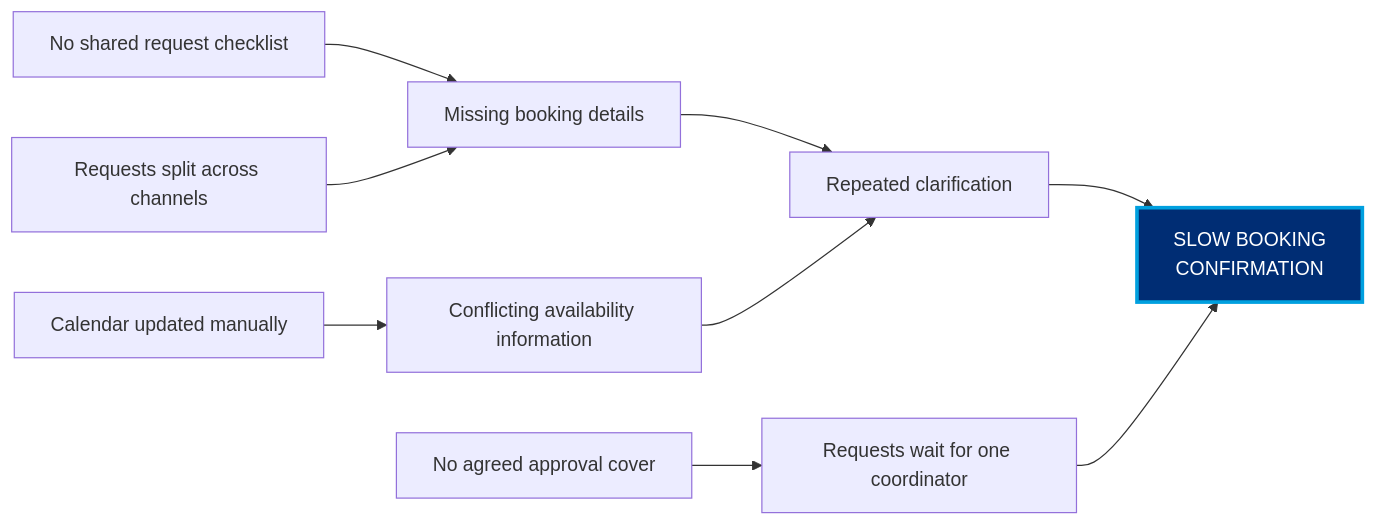
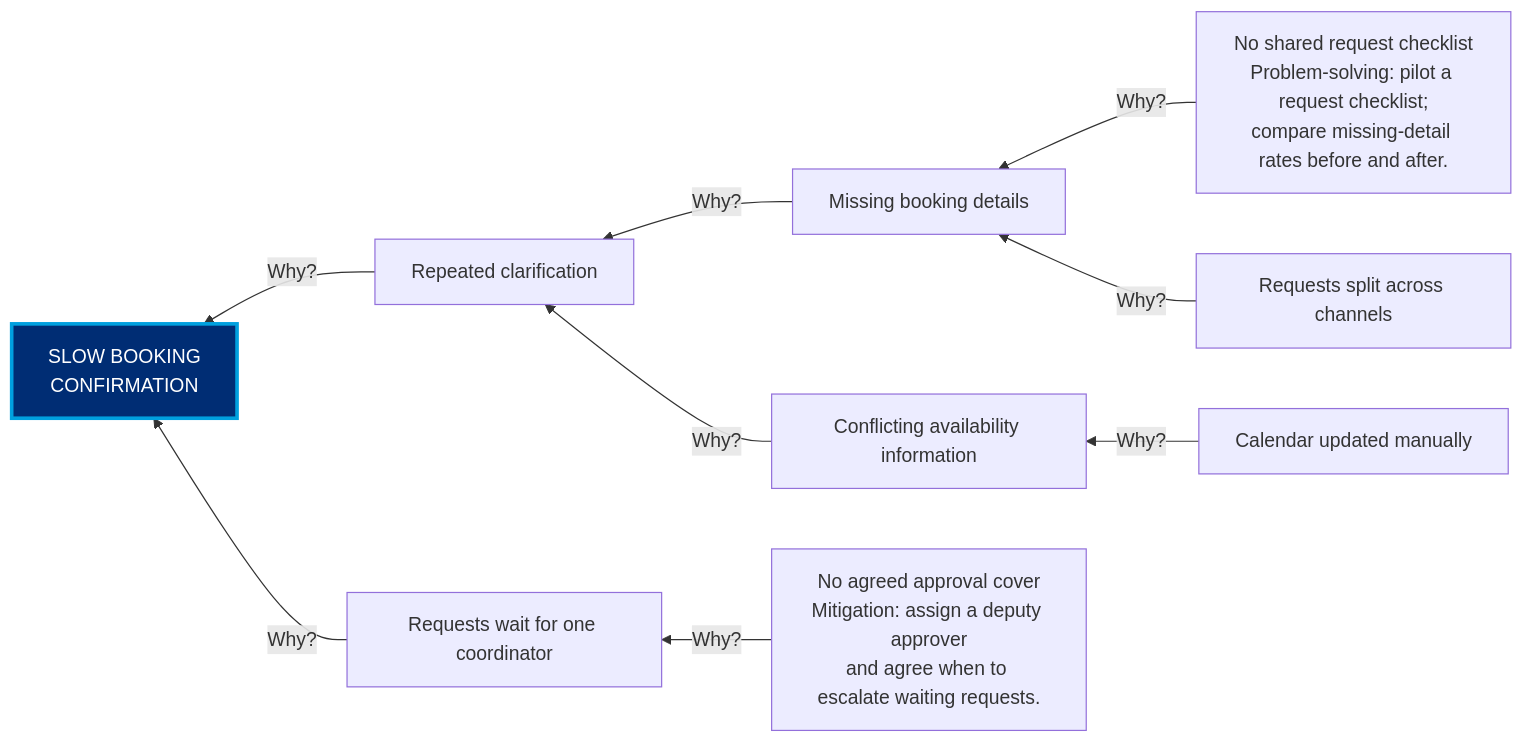
The diagram in src/diagrams/booking-causes.mmd (NAIT-ITBA/nait-itba.github.io), drawn with Mermaid before and after one commit. The commit also changed 1 other file, not shown here.

Commit message:
Clarify cause-and-effect mapping and proposed actions

```diff
--- a/src/diagrams/booking-causes.mmd
+++ b/src/diagrams/booking-causes.mmd
@@ -1,13 +1,13 @@
-flowchart LR
+flowchart RL
   accTitle: Hypotheses about slow room-booking confirmation
-  accDescr: Missing request guidance and requests arriving through several channels may lead to missing details and repeated clarification. Missing approval cover may create an approval queue. Manual calendar updates may cause inconsistent availability and further clarification. Each pathway may contribute to slow confirmation; these are hypotheses to investigate.
-  checklist["No shared request checklist"] --> details["Missing booking details"]
-  channels["Requests split across channels"] --> details
-  details --> clarification["Repeated clarification"]
-  clarification --> effect["SLOW BOOKING\nCONFIRMATION"]
-  cover["No agreed approval cover"] --> queue["Requests wait for one coordinator"]
-  queue --> effect
-  manual["Calendar updated manually"] --> availability["Conflicting availability information"]
-  availability --> clarification
+  accDescr: Start at slow booking confirmation on the left and ask Why at each connector while tracing possible causes to the right. Arrows point from possible causes to their effects. Missing request guidance and requests arriving through several channels may lead to missing details and repeated clarification. Missing approval cover may create an approval queue. Manual calendar updates may cause inconsistent availability and further clarification. Each pathway is a hypothesis to investigate. Two end causes include proposed actions to test: pilot a request checklist and compare missing-detail rates; assign a deputy approver and an escalation time to mitigate approval gaps.
+  checklist["No shared request checklist<br/>Problem-solving: pilot a request checklist;<br/>compare missing-detail rates before and after."] -->|Why?| details["Missing booking details"]
+  channels["Requests split across channels"] -->|Why?| details
+  details -->|Why?| clarification["Repeated clarification"]
+  clarification -->|Why?| effect["SLOW BOOKING\nCONFIRMATION"]
+  cover["No agreed approval cover<br/>Mitigation: assign a deputy approver<br/>and agree when to escalate waiting requests."] -->|Why?| queue["Requests wait for one coordinator"]
+  queue -->|Why?| effect
+  manual["Calendar updated manually"] -->|Why?| availability["Conflicting availability information"]
+  availability -->|Why?| clarification
   classDef effect fill:#002d74,color:#ffffff,stroke:#00a0df,stroke-width:3px;
   class effect effect;
```
